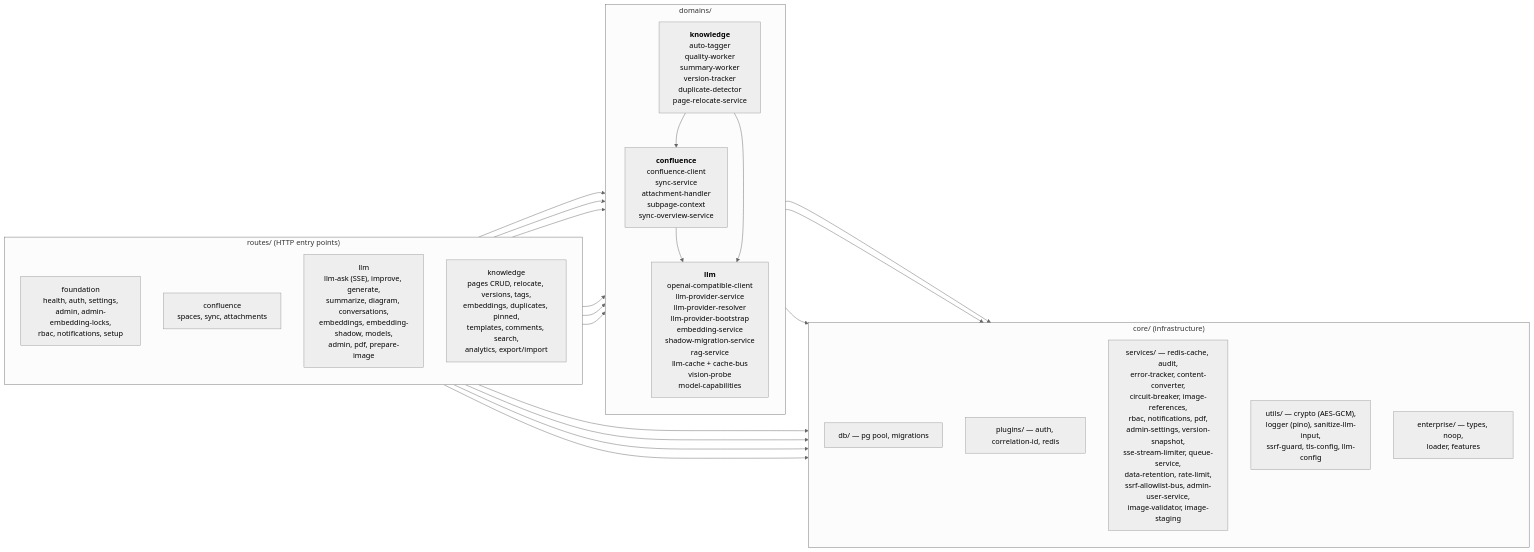
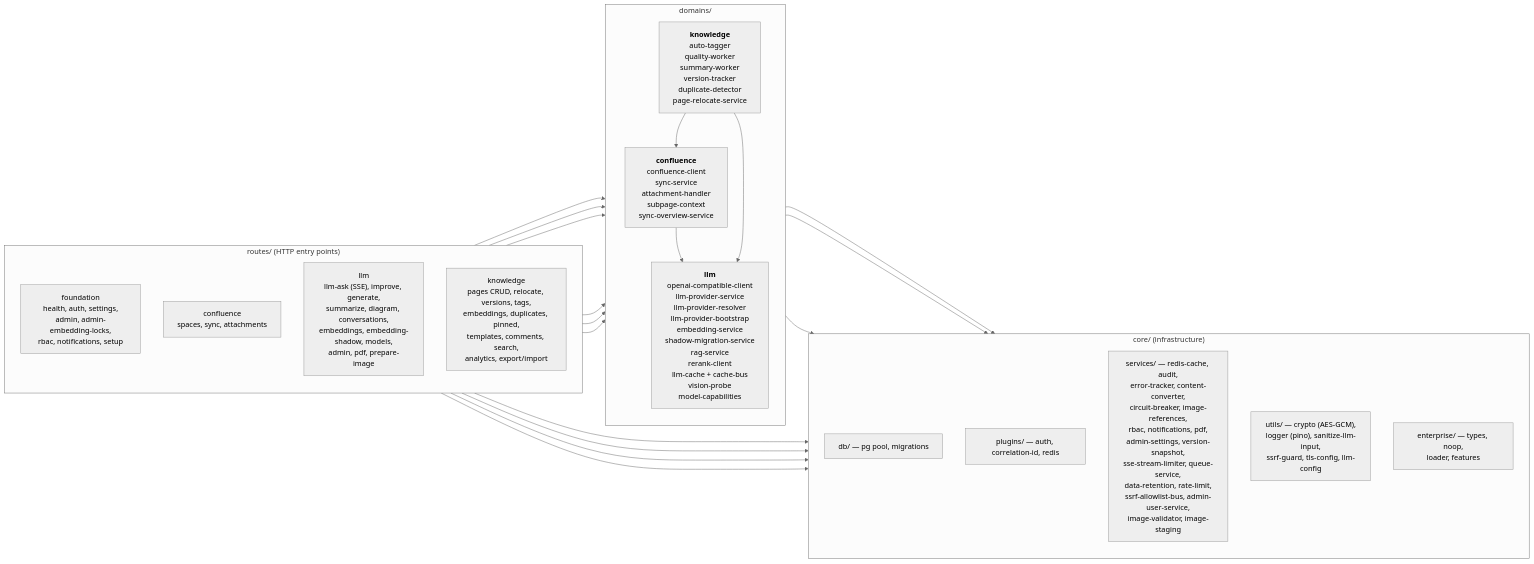
One commit to Compendiq/compendiq-ce changed the first of 2 diagrams in docs/architecture/03-backend-domains.md. Above: the diagram before and after it, drawn with Mermaid (neutral theme). The commit also changed 13 other files, not shown here.

````diff
--- a/docs/architecture/03-backend-domains.md
+++ b/docs/architecture/03-backend-domains.md
@@ -9,44 +9,44 @@
 ```mermaid
 flowchart LR
     subgraph routes["routes/ (HTTP entry points)"]
         direction TB
         rF["foundation<br/>health, auth, settings,<br/>admin, admin-embedding-locks,<br/>rbac, notifications, setup"]
         rC["confluence<br/>spaces, sync, attachments"]
         rL["llm<br/>llm-ask (SSE), improve, generate,<br/>summarize, diagram, conversations,<br/>embeddings, embedding-shadow, models,<br/>admin, pdf, prepare-image"]
         rK["knowledge<br/>pages CRUD, relocate, versions, tags,<br/>embeddings, duplicates, pinned,<br/>templates, comments, search,<br/>analytics, export/import"]
     end
 
     subgraph domains["domains/"]
         direction TB
         dC["<b>confluence</b><br/>confluence-client<br/>sync-service<br/>attachment-handler<br/>subpage-context<br/>sync-overview-service"]
-        dL["<b>llm</b><br/>openai-compatible-client<br/>llm-provider-service<br/>llm-provider-resolver<br/>llm-provider-bootstrap<br/>embedding-service<br/>shadow-migration-service<br/>rag-service<br/>llm-cache + cache-bus<br/>vision-probe<br/>model-capabilities"]
+        dL["<b>llm</b><br/>openai-compatible-client<br/>llm-provider-service<br/>llm-provider-resolver<br/>llm-provider-bootstrap<br/>embedding-service<br/>shadow-migration-service<br/>rag-service<br/>rerank-client<br/>llm-cache + cache-bus<br/>vision-probe<br/>model-capabilities"]
         dK["<b>knowledge</b><br/>auto-tagger<br/>quality-worker<br/>summary-worker<br/>version-tracker<br/>duplicate-detector<br/>page-relocate-service"]
     end
 
     subgraph core["core/ (infrastructure)"]
         direction TB
         cDB["db/ — pg pool, migrations"]
         cPlug["plugins/ — auth, correlation-id, redis"]
         cSvc["services/ — redis-cache, audit,<br/>error-tracker, content-converter,<br/>circuit-breaker, image-references,<br/>rbac, notifications, pdf,<br/>admin-settings, version-snapshot,<br/>sse-stream-limiter, queue-service,<br/>data-retention, rate-limit,<br/>ssrf-allowlist-bus, admin-user-service,<br/>image-validator, image-staging"]
         cUtil["utils/ — crypto (AES-GCM),<br/>logger (pino), sanitize-llm-input,<br/>ssrf-guard, tls-config, llm-config"]
         cEnt["enterprise/ — types, noop,<br/>loader, features"]
     end
 
     rF --> core
     rC --> core
     rC --> dC
     rL --> core
     rL --> dL
     rL --> dC
     rK --> core
     rK --> dK
     rK --> dL
     rK --> dC
 
     dC --> core
     dC --> dL
     dL --> core
     dK --> core
     dK --> dL
     dK --> dC
 ```
````
